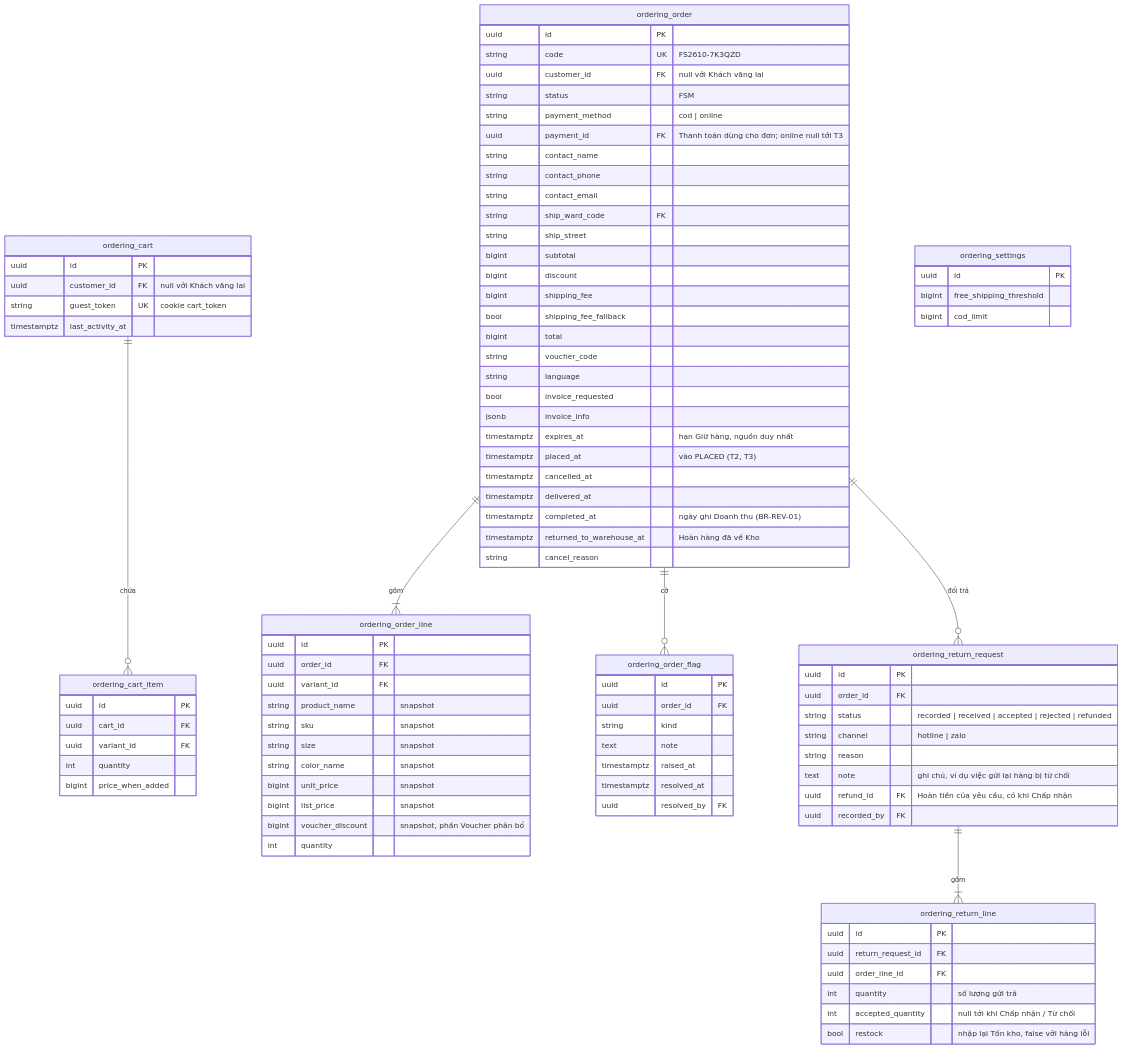
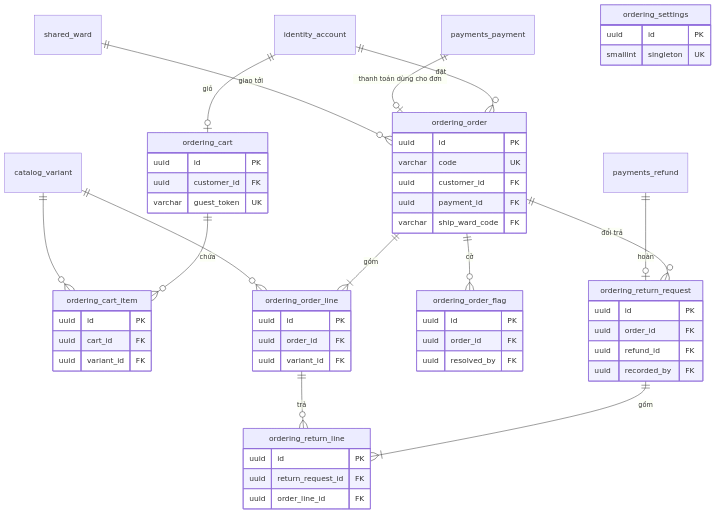
The ninth of 10 diagrams in docs/architecture/03-data-model.md (LuongCongThanh/boilerplate-ecommerce-next-16), drawn with Mermaid before and after one commit. The commit also changed other lines of this file and 21 other files, not shown here.

````diff
--- a/docs/architecture/03-data-model.md
+++ b/docs/architecture/03-data-model.md
@@ -466,91 +977,54 @@
     ordering_order ||--o{ ordering_order_flag : "cờ"
     ordering_order ||--o{ ordering_return_request : "đổi trả"
     ordering_return_request ||--|{ ordering_return_line : "gồm"
+    ordering_order_line ||--o{ ordering_return_line : "trả"
+    identity_account ||--o| ordering_cart : "giỏ"
+    identity_account ||--o{ ordering_order : "đặt"
+    catalog_variant ||--o{ ordering_cart_item : ""
+    catalog_variant ||--o{ ordering_order_line : ""
+    payments_payment ||--o| ordering_order : "thanh toán dùng cho đơn"
+    payments_refund ||--o| ordering_return_request : "hoàn"
+    shared_ward ||--o{ ordering_order : "giao tới"
     ordering_cart {
         uuid id PK
-        uuid customer_id FK "null với Khách vãng lai"
-        string guest_token UK "cookie cart_token"
-        timestamptz last_activity_at
+        uuid customer_id FK
+        varchar guest_token UK
     }
     ordering_cart_item {
         uuid id PK
         uuid cart_id FK
         uuid variant_id FK
-        int quantity
-        bigint price_when_added
     }
     ordering_order {
         uuid id PK
-        string code UK "FS2610-7K3QZD"
-        uuid customer_id FK "null với Khách vãng lai"
-        string status "FSM"
-        string payment_method "cod | online"
-        uuid payment_id FK "Thanh toán dùng cho đơn; online null tới T3"
-        string contact_name
-        string contact_phone
-        string contact_email
-        string ship_ward_code FK
-        string ship_street
-        bigint subtotal
-        bigint discount
-        bigint shipping_fee
-        bool shipping_fee_fallback
-        bigint total
-        string voucher_code
-        string language
-        bool invoice_requested
-        jsonb invoice_info
-        timestamptz expires_at "hạn Giữ hàng, nguồn duy nhất"
-        timestamptz placed_at "vào PLACED (T2, T3)"
-        timestamptz cancelled_at
-        timestamptz delivered_at
-        timestamptz completed_at "ngày ghi Doanh thu (BR-REV-01)"
-        timestamptz returned_to_warehouse_at "Hoàn hàng đã về Kho"
-        string cancel_reason
-    }
-    ordering_order_flag {
-        uuid id PK
-        uuid order_id FK
-        string kind
-        text note
-        timestamptz raised_at
-        timestamptz resolved_at
-        uuid resolved_by FK
-    }
-    ordering_settings {
-        uuid id PK
-        bigint free_shipping_threshold
-        bigint cod_limit
+        varchar code UK
+        uuid customer_id FK
+        uuid payment_id FK
+        varchar ship_ward_code FK
     }
     ordering_order_line {
         uuid id PK
         uuid order_id FK
         uuid variant_id FK
-        string product_name "snapshot"
-        string sku "snapshot"
-        string size "snapshot"
-        string color_name "snapshot"
-        bigint unit_price "snapshot"
-        bigint list_price "snapshot"
-        bigint voucher_discount "snapshot, phần Voucher phân bổ"
-        int quantity
+    }
+    ordering_order_flag {
+        uuid id PK
+        uuid order_id FK
+        uuid resolved_by FK
     }
     ordering_return_request {
         uuid id PK
         uuid order_id FK
-        string status "recorded | received | accepted | rejected | refunded"
-        string channel "hotline | zalo"
-        string reason
-        text note "ghi chú, ví dụ việc gửi lại hàng bị từ chối"
-        uuid refund_id FK "Hoàn tiền của yêu cầu, có khi Chấp nhận"
+        uuid refund_id FK
         uuid recorded_by FK
     }
     ordering_return_line {
         uuid id PK
         uuid return_request_id FK
         uuid order_line_id FK
-        int quantity "số lượng gửi trả"
-        int accepted_quantity "null tới khi Chấp nhận / Từ chối"
-        bool restock "nhập lại Tồn kho, false với hàng lỗi"
+    }
+    ordering_settings {
+        uuid id PK
+        smallint singleton UK
     }
 ```
````
